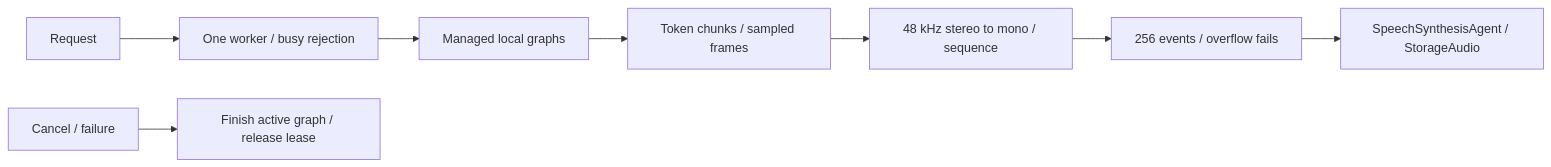
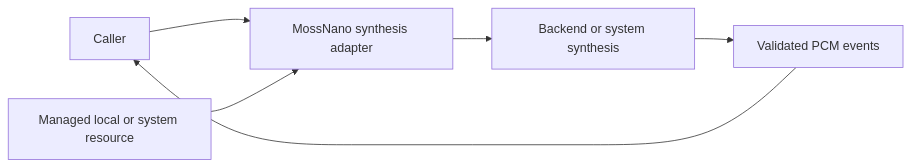
The diagram in MobileHarness/ModelKit/Speech/TTS/MossNano/README.md (devilyouwei/MobileHarness), drawn with Mermaid before and after one commit. The commit also changed other lines of this file and 116 other files, not shown here.

````diff
--- a/MobileHarness/ModelKit/Speech/TTS/MossNano/README.md
+++ b/MobileHarness/ModelKit/Speech/TTS/MossNano/README.md
@@ -11,10 +15,8 @@
 ```mermaid
 flowchart LR
-    Request --> Admission[One worker / busy rejection]
-    Admission --> Lease[Managed local graphs]
-    Lease --> Backend[Token chunks / sampled frames]
-    Backend --> PCM[48 kHz stereo to mono / sequence]
-    PCM --> Queue[256 events / overflow fails]
-    Queue --> Agent[SpeechSynthesisAgent / StorageAudio]
-    Cancel[Cancel / failure] --> Join[Finish active graph / release lease]
+ Caller --> Adapter[MossNano synthesis adapter]
+ Resource[Managed local or system resource] --> Adapter
+ Adapter --> Native[Backend or system synthesis]
+ Native --> PCM[Validated PCM events]
+ PCM --> Caller
 ```
````
